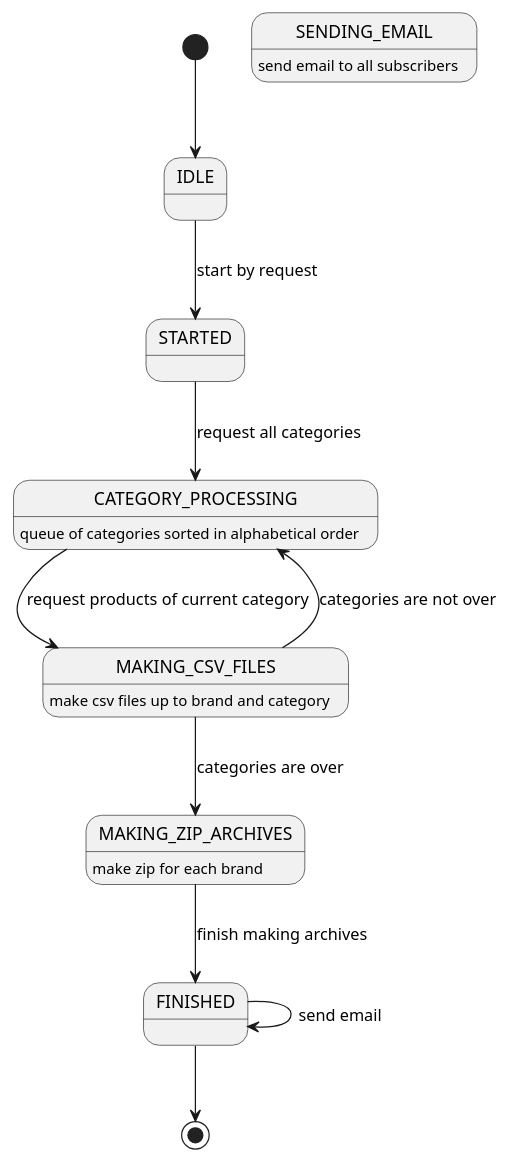
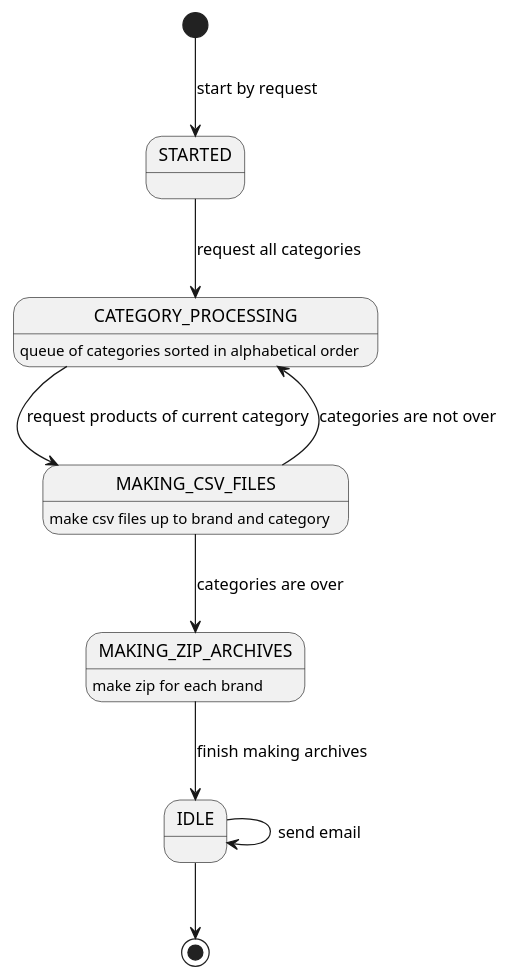
One commit to KiryaHandsome/restful-state-machine changed the diagram in uml/StateMachineUML.puml. Above: the diagram before and after it, drawn with PlantUML. The commit also changed 21 other files, not shown here.

```diff
--- a/uml/StateMachineUML.puml
+++ b/uml/StateMachineUML.puml
@@ -1,26 +1,23 @@
 @startuml
 
-[*] --> IDLE
-
-IDLE --> STARTED: start by request
+[*] --> STARTED : start by request
 
 STARTED --> CATEGORY_PROCESSING : request all categories
 
 CATEGORY_PROCESSING --> MAKING_CSV_FILES : request products of current category
 
 MAKING_CSV_FILES --> CATEGORY_PROCESSING : categories are not over
 
 MAKING_CSV_FILES --> MAKING_ZIP_ARCHIVES : categories are over
 
-MAKING_ZIP_ARCHIVES --> FINISHED : finish making archives
+MAKING_ZIP_ARCHIVES --> IDLE : finish making archives
 
-FINISHED --> FINISHED : send email
+IDLE --> IDLE : send email
 
-FINISHED --> [*]
+IDLE --> [*]
 
 CATEGORY_PROCESSING : queue of categories sorted in alphabetical order
 MAKING_CSV_FILES : make csv files up to brand and category
 MAKING_ZIP_ARCHIVES : make zip for each brand
-SENDING_EMAIL : send email to all subscribers
 
 @enduml
```
